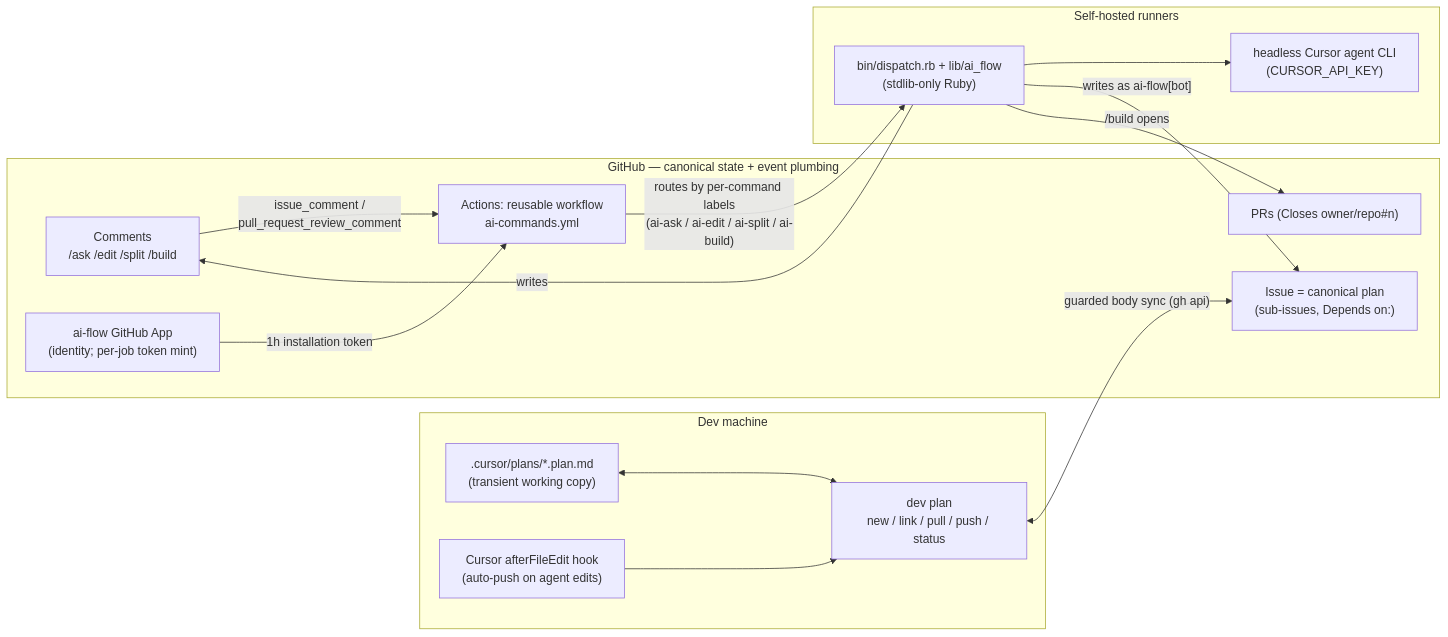
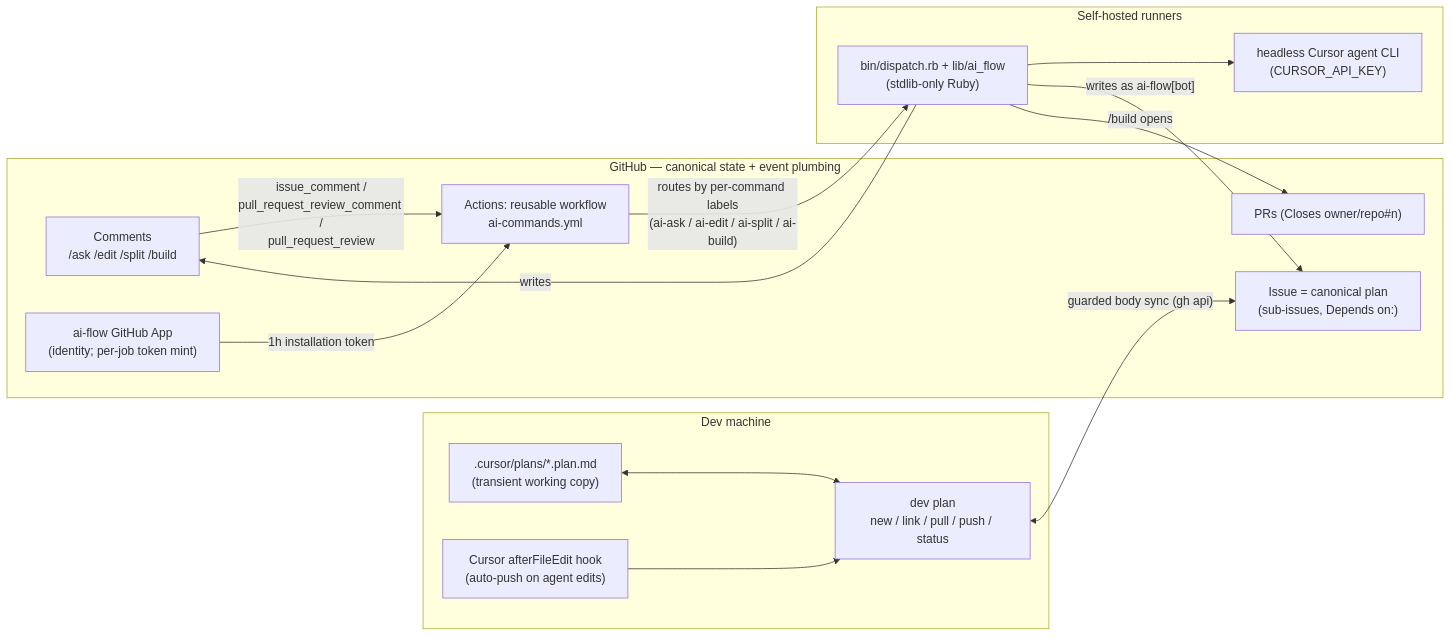
Before and after one commit to d3mlabs/ai-flow: the first of 6 diagrams in docs/architecture.md, drawn with Mermaid. The commit also changed 12 other files, not shown here.

First line of the commit message:
pull_request_review event support: review-summary surface + review panel delivery

````diff
--- a/docs/architecture.md
+++ b/docs/architecture.md
@@ -17,32 +17,32 @@
 ```mermaid
 flowchart LR
     subgraph localZone [Dev machine]
         planFile[".cursor/plans/*.plan.md<br/>(transient working copy)"]
         devPlan["dev plan<br/>new / link / pull / push / status"]
         hook["Cursor afterFileEdit hook<br/>(auto-push on agent edits)"]
     end
 
     subgraph githubZone [GitHub — canonical state + event plumbing]
         issue["Issue = canonical plan<br/>(sub-issues, Depends on:)"]
         comments["Comments<br/>/ask /edit /split /build"]
         pr["PRs (Closes owner/repo#n)"]
         actions["Actions: reusable workflow<br/>ai-commands.yml"]
         app["ai-flow GitHub App<br/>(identity; per-job token mint)"]
     end
 
     subgraph runnerZone [Self-hosted runners]
         dispatcher["bin/dispatch.rb + lib/ai_flow<br/>(stdlib-only Ruby)"]
         agentCli["headless Cursor agent CLI<br/>(CURSOR_API_KEY)"]
     end
 
     planFile <--> devPlan
     hook --> devPlan
     devPlan <-->|"guarded body sync (gh api)"| issue
-    comments -->|"issue_comment /<br/>pull_request_review_comment"| actions
+    comments -->|"issue_comment /<br/>pull_request_review_comment /<br/>pull_request_review"| actions
     actions -->|"routes by per-command labels<br/>(ai-ask / ai-edit / ai-split / ai-build)"| dispatcher
     app -->|"1h installation token"| actions
     dispatcher --> agentCli
     dispatcher -->|"writes as ai-flow[bot]"| issue
     dispatcher -->|writes| comments
     dispatcher -->|"/build opens"| pr
 ```
````
